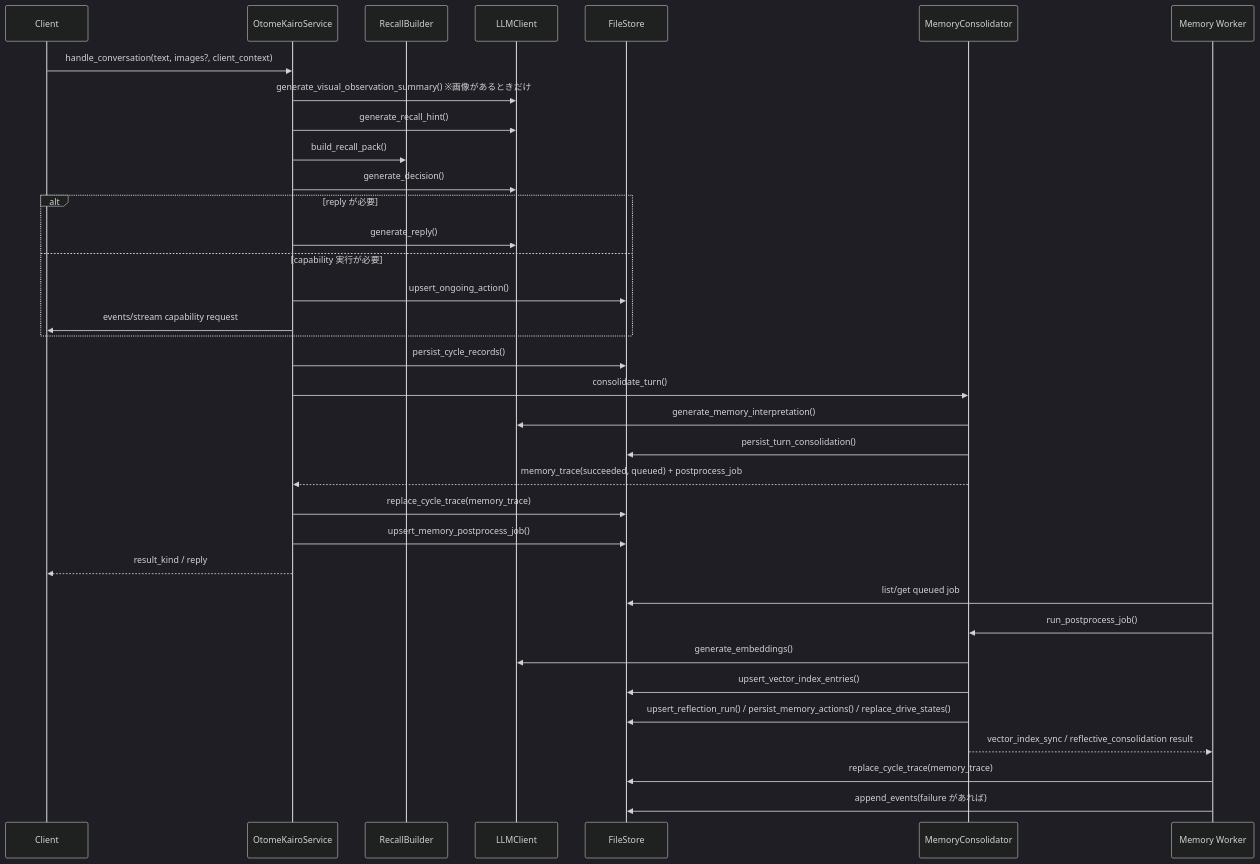
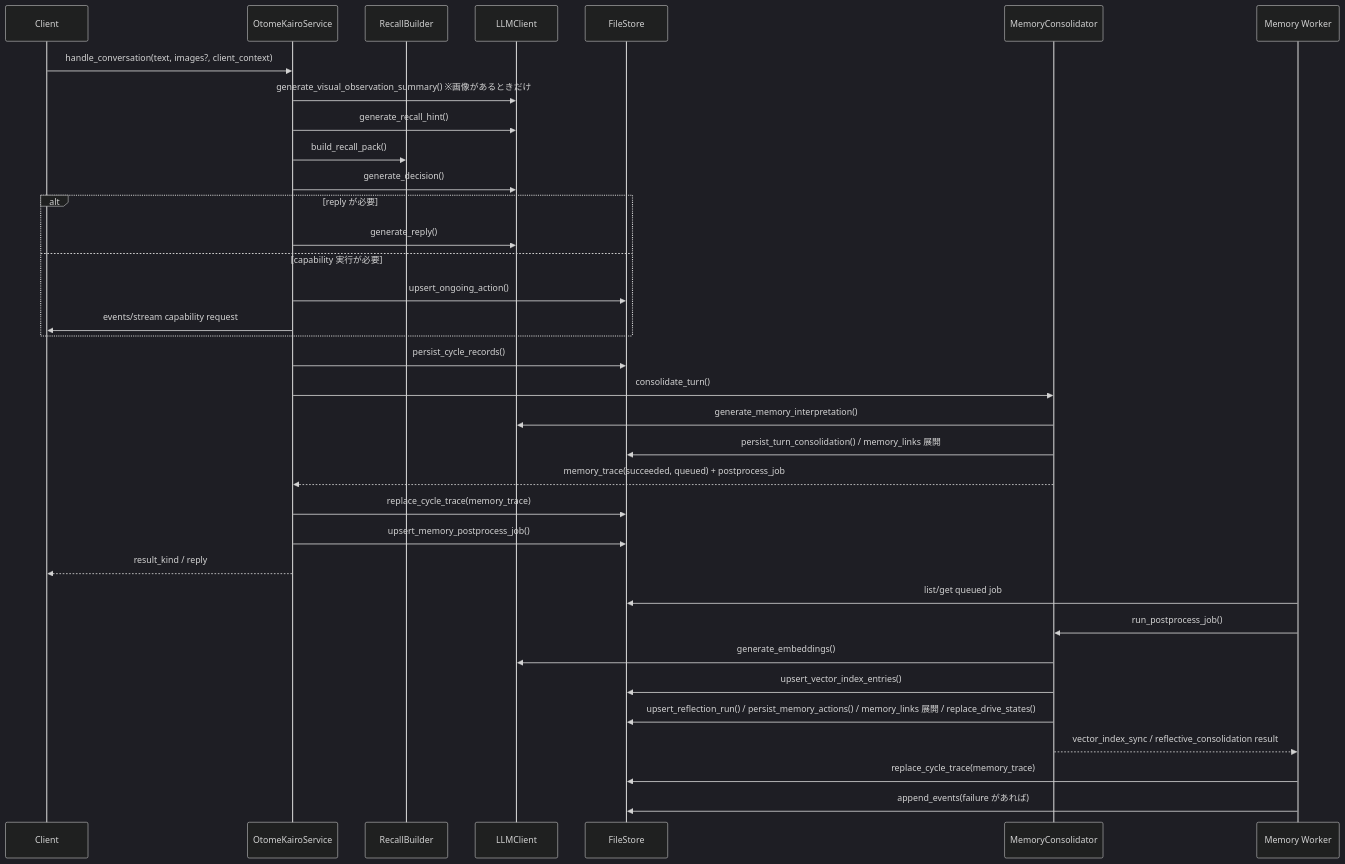
One commit to hirona98/OtomeKairo changed the third of 3 diagrams in docs/plan/02_現行処理フロー.md. Above: the diagram before and after it, drawn with Mermaid (dark theme). The commit also changed 6 other files, not shown here.

````diff
--- a/docs/plan/02_現行処理フロー.md
+++ b/docs/plan/02_現行処理フロー.md
@@ -97,39 +97,39 @@
 ```mermaid
 sequenceDiagram
     participant Client as Client
     participant Service as OtomeKairoService
     participant Recall as RecallBuilder
     participant LLM as LLMClient
     participant Store as FileStore
     participant Memory as MemoryConsolidator
     participant Worker as Memory Worker
 
     Client->>Service: handle_conversation(text, images?, client_context)
     Service->>LLM: generate_visual_observation_summary() ※画像があるときだけ
     Service->>LLM: generate_recall_hint()
     Service->>Recall: build_recall_pack()
     Service->>LLM: generate_decision()
     alt reply が必要
         Service->>LLM: generate_reply()
     else capability 実行が必要
         Service->>Store: upsert_ongoing_action()
         Service->>Client: events/stream capability request
     end
     Service->>Store: persist_cycle_records()
     Service->>Memory: consolidate_turn()
     Memory->>LLM: generate_memory_interpretation()
-    Memory->>Store: persist_turn_consolidation()
+    Memory->>Store: persist_turn_consolidation() / memory_links 展開
     Memory-->>Service: memory_trace(succeeded, queued) + postprocess_job
     Service->>Store: replace_cycle_trace(memory_trace)
     Service->>Store: upsert_memory_postprocess_job()
     Service-->>Client: result_kind / reply
 
     Worker->>Store: list/get queued job
     Worker->>Memory: run_postprocess_job()
     Memory->>LLM: generate_embeddings()
     Memory->>Store: upsert_vector_index_entries()
-    Memory->>Store: upsert_reflection_run() / persist_memory_actions() / replace_drive_states()
+    Memory->>Store: upsert_reflection_run() / persist_memory_actions() / memory_links 展開 / replace_drive_states()
     Memory-->>Worker: vector_index_sync / reflective_consolidation result
     Worker->>Store: replace_cycle_trace(memory_trace)
     Worker->>Store: append_events(failure があれば)
 ```
````
